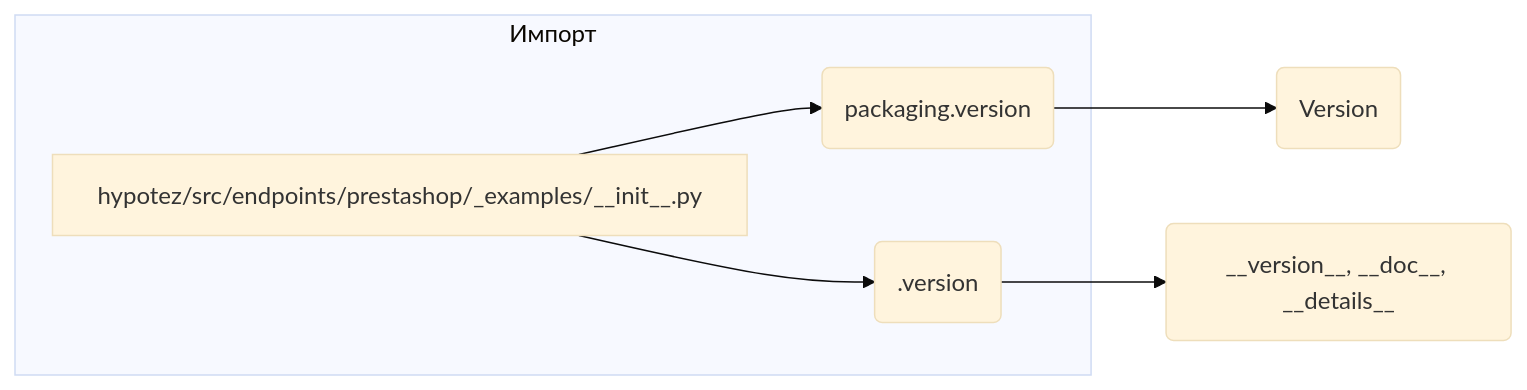
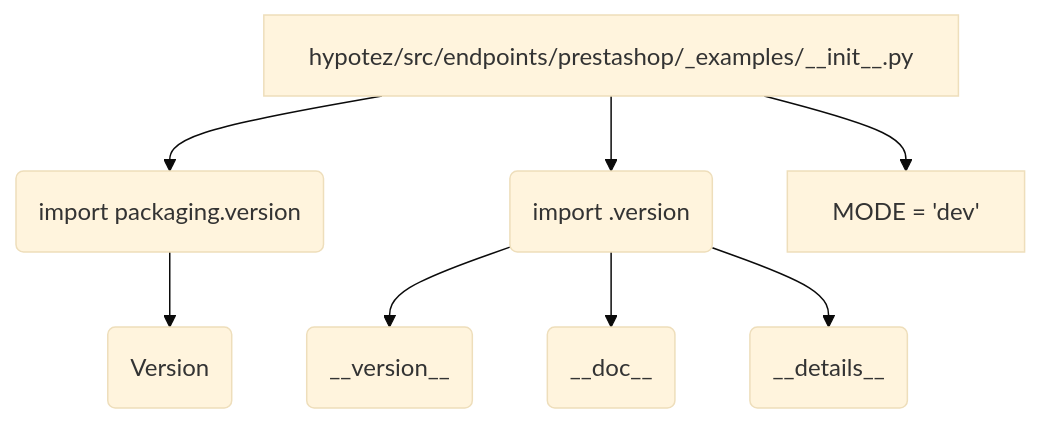
Before and after one commit to hypo69/hypo: the diagram in docs/gemini/ru/explainer/src/endpoints/prestashop/_examples/__init__.md, drawn with Mermaid (base theme). The commit also changed other lines of this file and 468 other files, not shown here.

````diff
--- a/docs/gemini/ru/explainer/src/endpoints/prestashop/_examples/__init__.md
+++ b/docs/gemini/ru/explainer/src/endpoints/prestashop/_examples/__init__.md
@@ -68,9 +75,10 @@
 ```mermaid
-graph LR
-    subgraph Импорт
-        A[hypotez/src/endpoints/prestashop/_examples/__init__.py] --> B(packaging.version);
-        A --> C(.version);
-    end
+graph TD
+    A[hypotez/src/endpoints/prestashop/_examples/__init__.py] --> B(import packaging.version);
+    A --> C(import .version);
     B --> D(Version);
-    C --> E(__version__, __doc__, __details__);
+    C --> E(__version__);
+    C --> F(__doc__);
+    C --> G(__details__);
+    A --> H[MODE = 'dev'];
 ```
````
